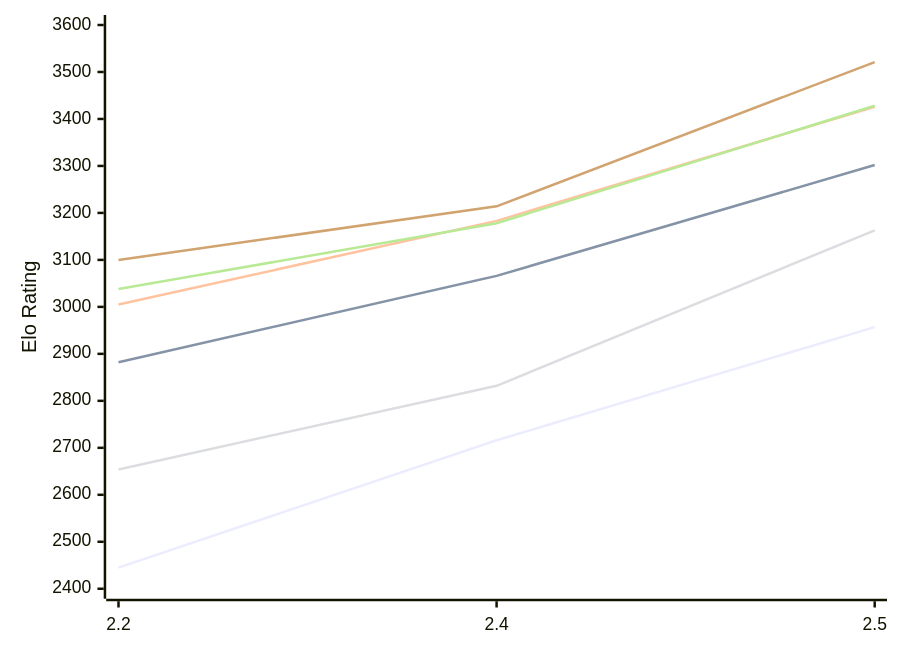
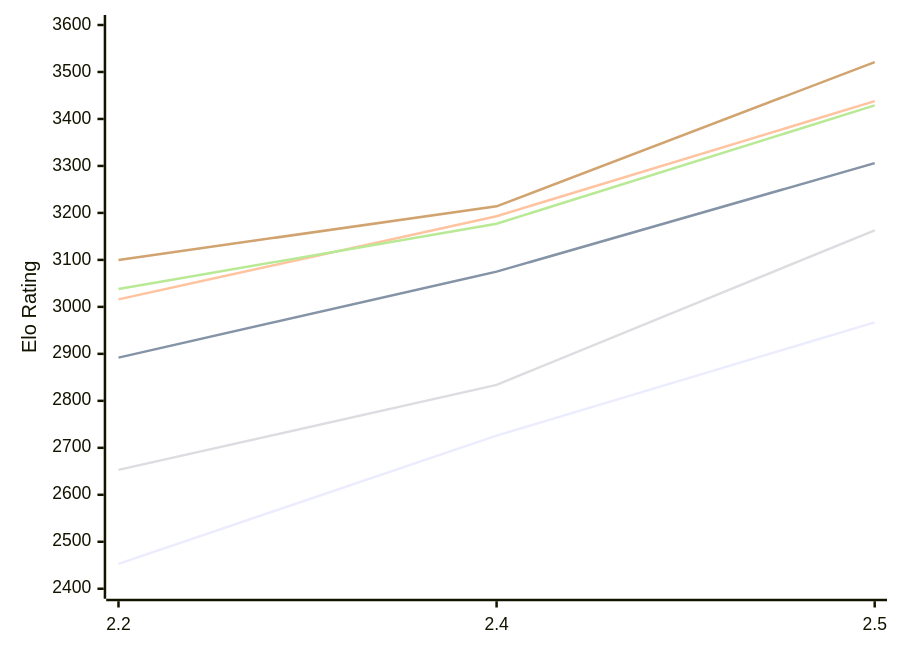
The first of 2 diagrams in engines/Sloth.md (computer-chess-index/cci), drawn with Mermaid before and after one commit. The commit also changed other lines of this file, not shown here.

Commit message:
Update CCI Ratings (ELO VLTC) - 2026-11-07

````diff
--- a/engines/Sloth.md
+++ b/engines/Sloth.md
@@ -52,12 +52,12 @@
 ```mermaid
 %%{init: {"theme":"base","themeVariables":{"seriesColors:['#a3a3a3','#222221','#faa371']}}}%%
 xychart-beta
   x-axis ["2.2", "2.4", "2.5"]
   y-axis "Elo Rating" 2400 --> 3600
-  line "E1: STC (8.0+0.08s)" [2445, 2716, 2957]
-  line "E1: LTC (60.0+0.60s)" [2882, 3066, 3302]
-  line "E1: VLTC (2m24s+1.12s)" [3005, 3183, 3426]
-  line "P1: STC (8.0+0.08s)" [2654, 2832, 3163]
-  line "P1: LTC (60.0+0.60s)" [3038, 3178, 3428]
+  line "E1: STC (8.0+0.08s)" [2453, 2726, 2967]
+  line "E1: LTC (60.0+0.60s)" [2892, 3075, 3306]
+  line "E1: VLTC (2m24s+1.12s)" [3016, 3193, 3438]
+  line "P1: STC (8.0+0.08s)" [2653, 2834, 3163]
+  line "P1: LTC (60.0+0.60s)" [3038, 3177, 3429]
   line "P1: VLTC (2m24s+1.12s)" [3100, 3214, 3521]
 ```
````
